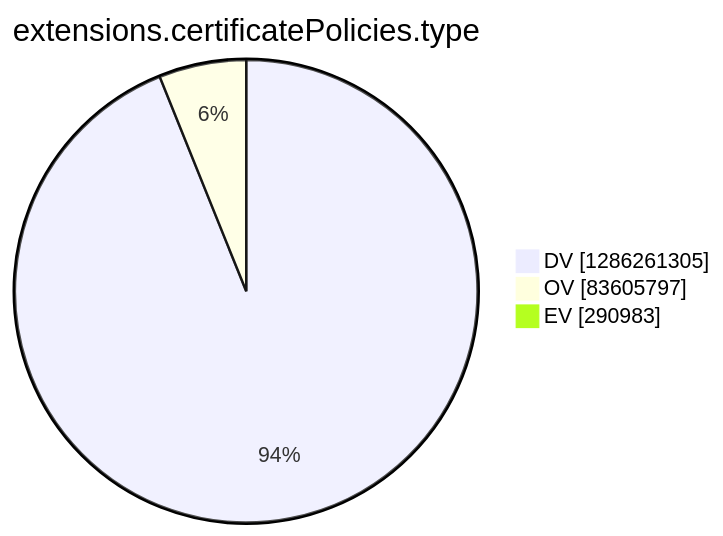
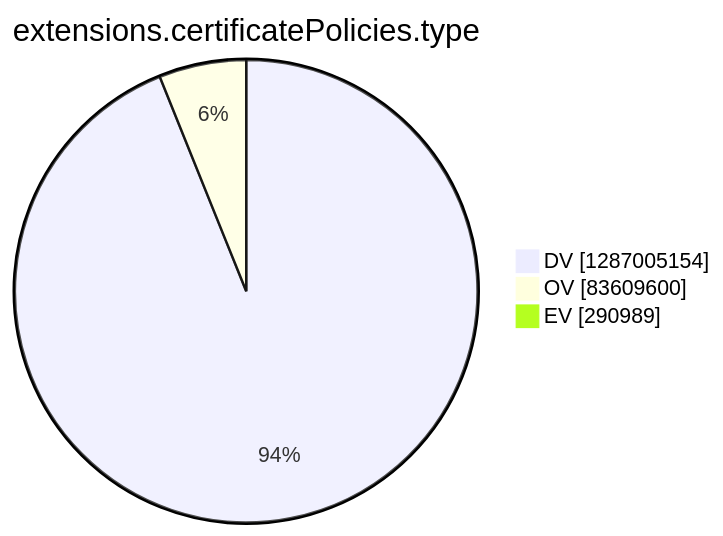
Before and after one commit to christiankrug/ctmonitor_visualization: the tenth of 15 diagrams in argon2022/README.md, drawn with Mermaid. The commit also changed other lines of this file, not shown here.

````diff
--- a/argon2022/README.md
+++ b/argon2022/README.md
@@ -2771,7 +2771,7 @@
 ```mermaid
 pie showData
 title extensions.certificatePolicies.type
-"DV" :1286261305
-"OV" :83605797
-"EV" :290983
+"DV" :1287005154
+"OV" :83609600
+"EV" :290989
 ```
````
